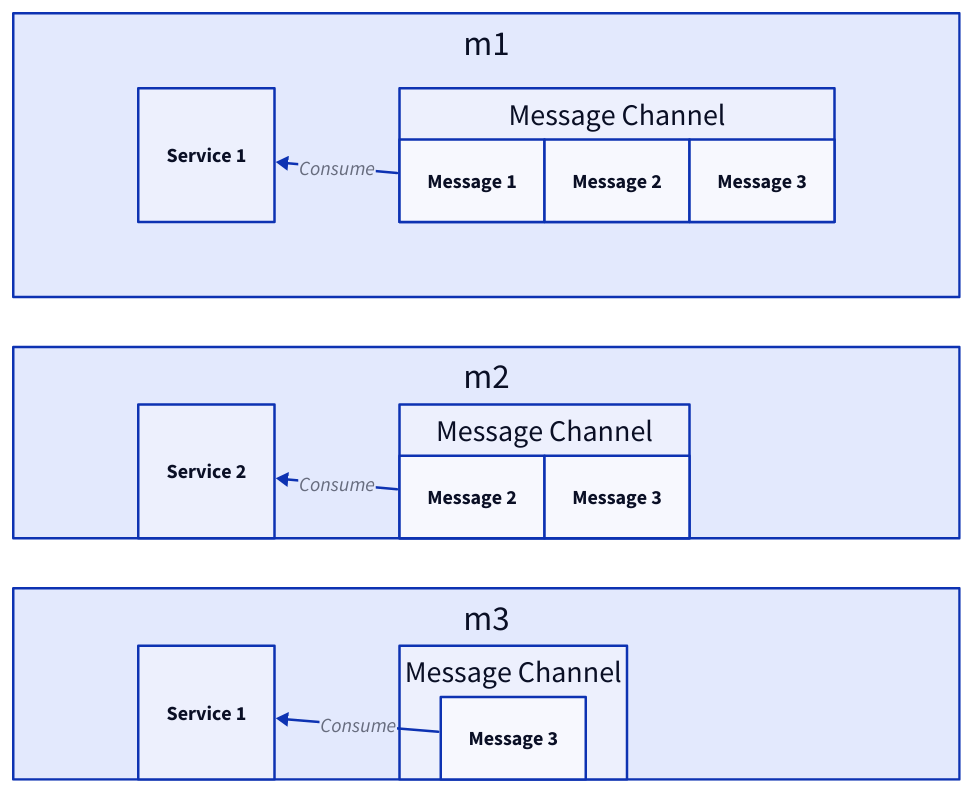
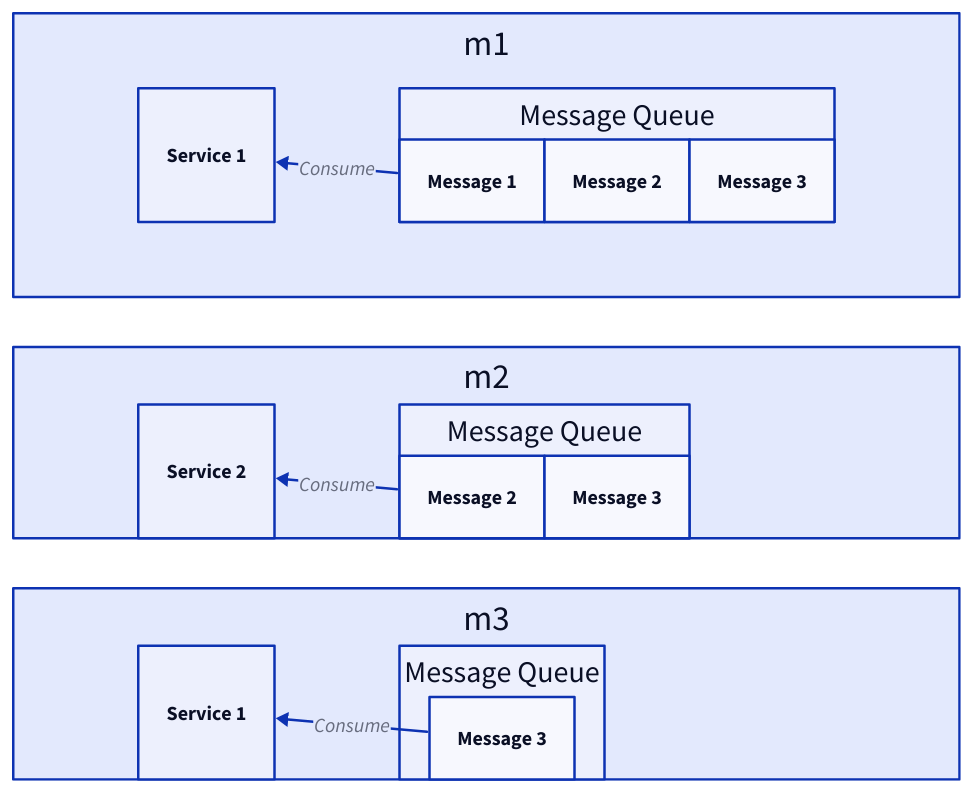
The fourth of 20 diagrams in content/docs/data-persistence/event-streaming-platform/_index.md (link1905/system-design-101), drawn with D2 before and after one commit. The commit also changed other lines of this file and 15 other files, not shown here.

````diff
--- a/content/docs/data-persistence/event-streaming-platform/_index.md
+++ b/content/docs/data-persistence/event-streaming-platform/_index.md
@@ -93,62 +93,62 @@
 ```d2
 grid-columns: 1
 m1: {
   class: none
   grid-rows: 1
   horizontal-gap: 100
   s: Service 1 {
     class: server
   }
-  m: Message Channel {
+  m: Message Queue {
     grid-rows: 1
     grid-gap: 0
     m1: Message 1 {
       class: msg
     }
     m2: Message 2 {
       class: msg
     }
     m3: Message 3 {
       class: msg
     }
   }
   s <- m.m1: Consume
 }
 m2 {
   class: none
   grid-rows: 1
   horizontal-gap: 100
   vertical-gap: 0
   s: Service 2 {
     class: server
   }
-  m: Message Channel {
+  m: Message Queue {
     grid-rows: 1
     grid-gap: 0
     m2: Message 2 {
       class: msg
     }
     m3: Message 3 {
       class: msg
     }
   }
   s <- m.m2: Consume
 }
 m3 {
   class: none
   grid-rows: 1
   horizontal-gap: 100
   vertical-gap: 0
   s: Service 1 {
     class: server
   }
-  m: Message Channel {
+  m: Message Queue {
     grid-rows: 1
     grid-gap: 0
     m3: Message 3 {
       class: msg
     }
   }
   s <- m.m3: Consume
 }
 ```
````
